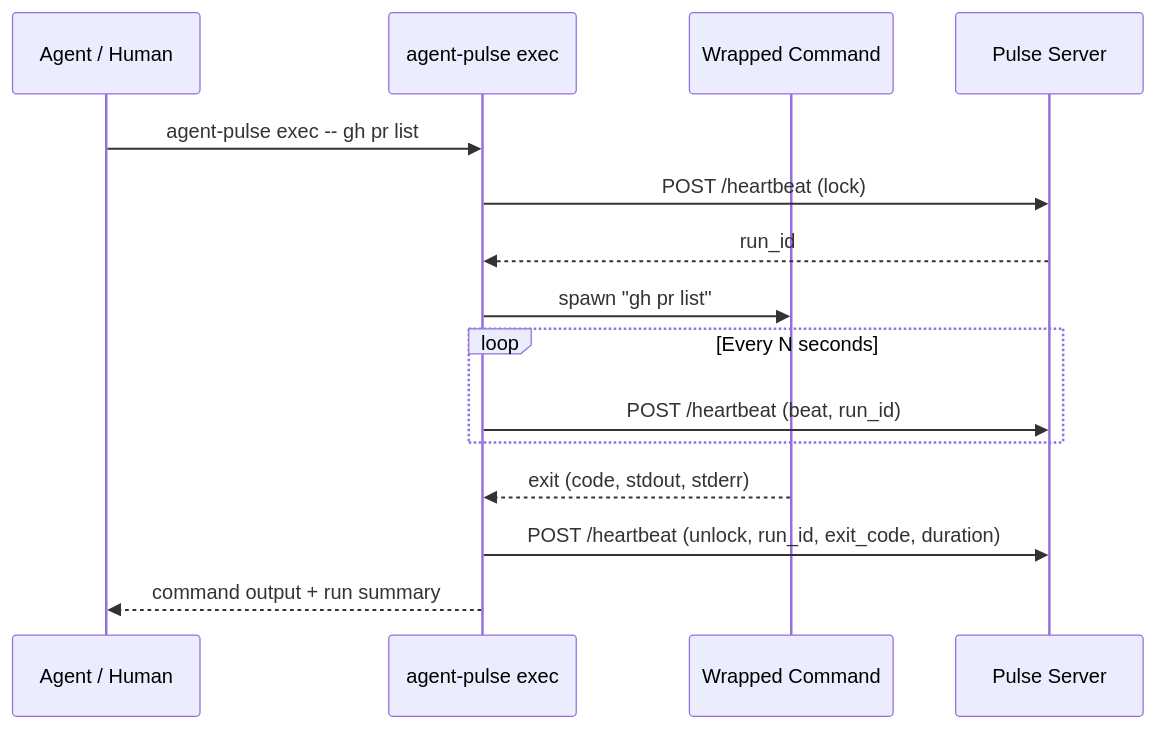
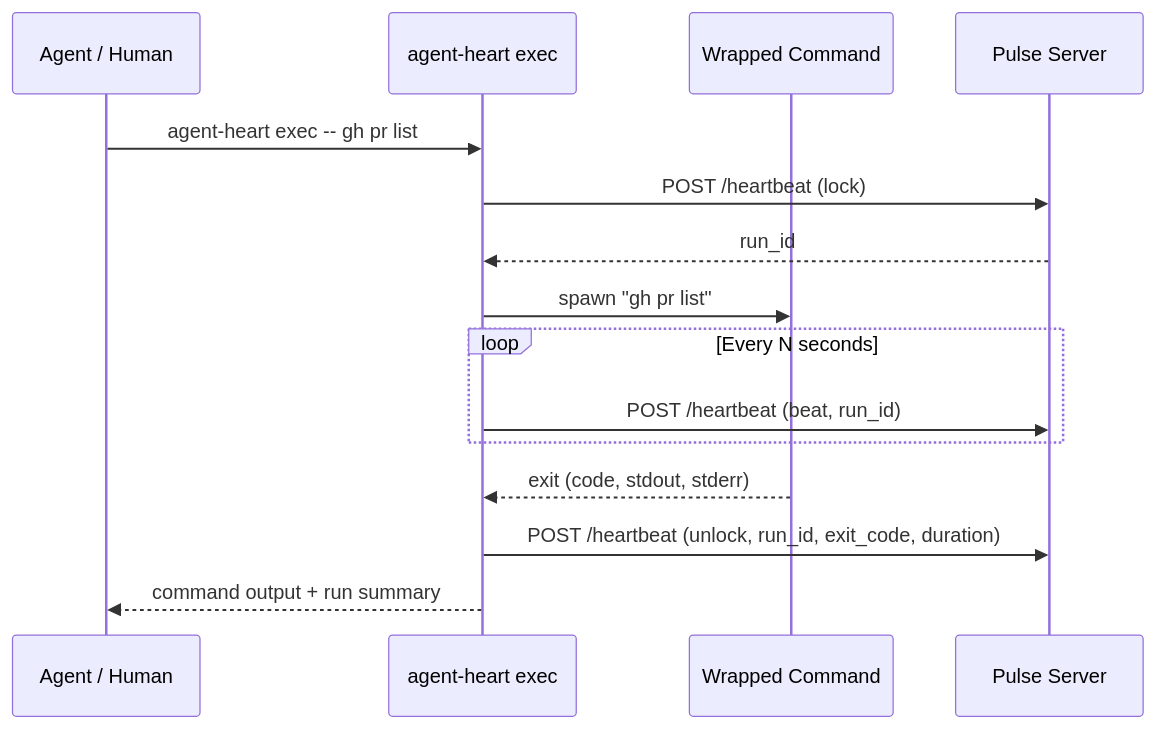
The second of 2 diagrams in docs/architecture.md (eggy-sh/agent-heart), drawn with Mermaid before and after one commit. The commit also changed other lines of this file and 46 other files, not shown here.

First line of the commit message:
refactor: rename package from agent-pulse to agent-heart and update documentation

````diff
--- a/docs/architecture.md
+++ b/docs/architecture.md
@@ -229,20 +229,20 @@
 ```mermaid
 sequenceDiagram
     participant User as Agent / Human
-    participant CLI as agent-pulse exec
+    participant CLI as agent-heart exec
     participant Cmd as Wrapped Command
     participant API as Pulse Server
 
-    User->>CLI: agent-pulse exec -- gh pr list
+    User->>CLI: agent-heart exec -- gh pr list
     CLI->>API: POST /heartbeat (lock)
     API-->>CLI: run_id
     CLI->>Cmd: spawn "gh pr list"
 
     loop Every N seconds
         CLI->>API: POST /heartbeat (beat, run_id)
     end
 
     Cmd-->>CLI: exit (code, stdout, stderr)
     CLI->>API: POST /heartbeat (unlock, run_id, exit_code, duration)
     CLI-->>User: command output + run summary
 ```
````
